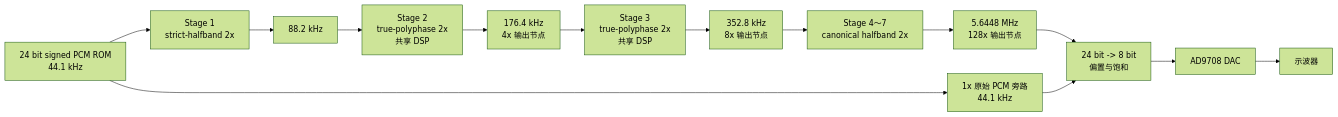
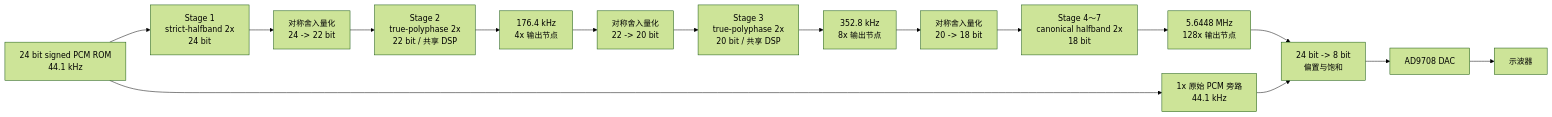
Before and after one commit to adudududua/fir-interpolation-filter-fpga: the first of 3 diagrams in README.md, drawn with Mermaid (forest theme). The commit also changed other lines of this file and 42 other files, not shown here.

````diff
--- a/README.md
+++ b/README.md
@@ -91,16 +98,18 @@
 ```mermaid
 flowchart LR
-    A["24 bit signed PCM ROM<br/>44.1 kHz"] --> B["Stage 1<br/>strict-halfband 2x"]
+    A["24 bit signed PCM ROM<br/>44.1 kHz"] --> B["Stage 1<br/>strict-halfband 2x<br/>24 bit"]
     A --> X["1x 原始 PCM 旁路<br/>44.1 kHz"]
-    B --> C["88.2 kHz"]
-    C --> D["Stage 2<br/>true-polyphase 2x<br/>共享 DSP"]
+    B --> Q1["对称舍入量化<br/>24 -> 22 bit"]
+    Q1 --> D["Stage 2<br/>true-polyphase 2x<br/>22 bit / 共享 DSP"]
     D --> E["176.4 kHz<br/>4x 输出节点"]
-    E --> F["Stage 3<br/>true-polyphase 2x<br/>共享 DSP"]
+    E --> Q2["对称舍入量化<br/>22 -> 20 bit"]
+    Q2 --> F["Stage 3<br/>true-polyphase 2x<br/>20 bit / 共享 DSP"]
     F --> G["352.8 kHz<br/>8x 输出节点"]
-    G --> H["Stage 4～7<br/>canonical halfband 2x"]
+    G --> Q3["对称舍入量化<br/>20 -> 18 bit"]
+    Q3 --> H["Stage 4～7<br/>canonical halfband 2x<br/>18 bit"]
     H --> I["5.6448 MHz<br/>128x 输出节点"]
     I --> J["24 bit -> 8 bit<br/>偏置与饱和"]
     X --> J
     J --> K["AD9708 DAC"]
     K --> L["示波器"]
 ```
````
